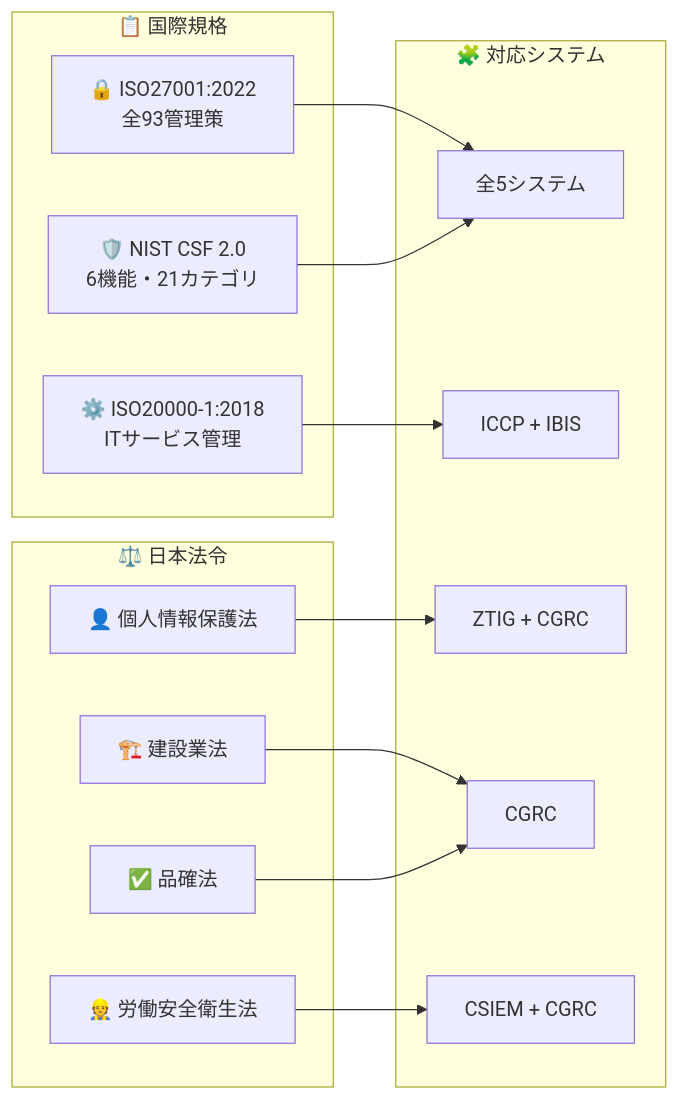
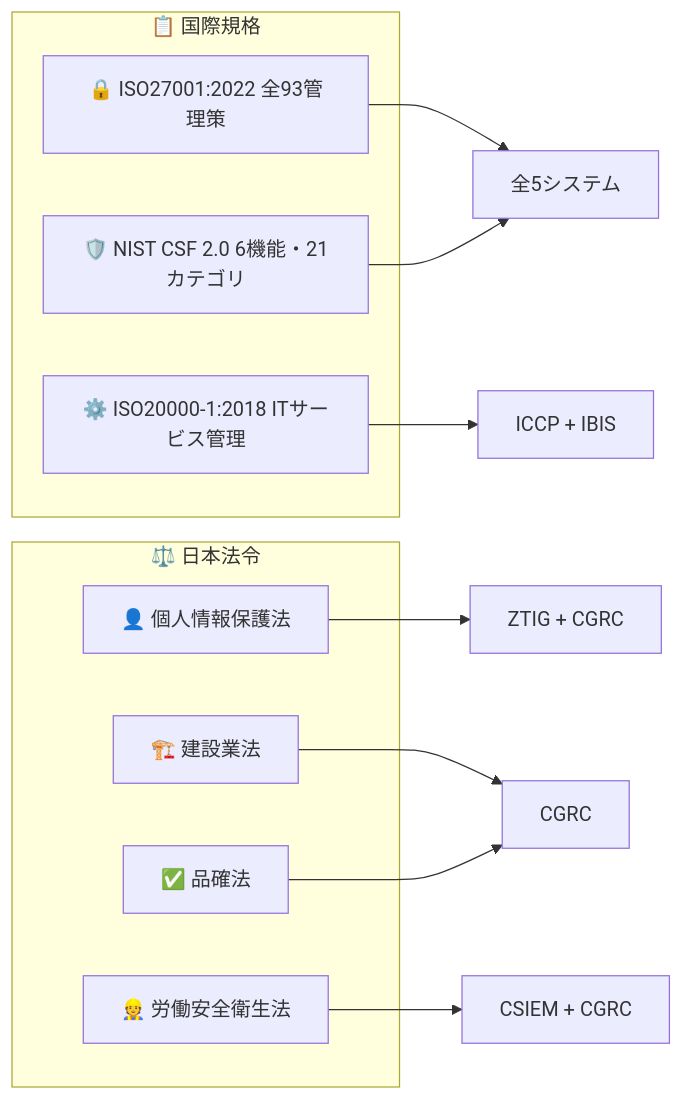
One commit to Kensan196948G/Construction-DX-One-System changed the fifth of 8 diagrams in README.md. Above: the diagram before and after it, drawn with Mermaid. The commit also changed other lines of this file and 6 other files, not shown here.

````diff
--- a/README.md
+++ b/README.md
@@ -382,31 +345,21 @@
 ```mermaid
 graph LR
     subgraph 国際規格["📋 国際規格"]
-        ISO27001["🔒 ISO27001:2022<br/>全93管理策"]
-        NIST["🛡️ NIST CSF 2.0<br/>6機能・21カテゴリ"]
-        ISO20000["⚙️ ISO20000-1:2018<br/>ITサービス管理"]
+        ISO27001["🔒 ISO27001:2022 全93管理策"]
+        NIST["🛡️ NIST CSF 2.0 6機能・21カテゴリ"]
+        ISO20000["⚙️ ISO20000-1:2018 ITサービス管理"]
     end
-
     subgraph 日本法令["⚖️ 日本法令"]
         PII["👤 個人情報保護法"]
         CONST["🏗️ 建設業法"]
         HINKA["✅ 品確法"]
         RODO["👷 労働安全衛生法"]
     end
-
-    subgraph 対応システム["🧩 対応システム"]
-        ALL["全5システム"]
-        ZTIG2["ZTIG + CGRC"]
-        ICSIBIS["ICCP + IBIS"]
-        CGRC2["CGRC"]
-        SIEM2["CSIEM + CGRC"]
-    end
-
-    ISO27001 --> ALL
+    ISO27001 --> ALL["全5システム"]
     NIST --> ALL
-    ISO20000 --> ICSIBIS
-    PII --> ZTIG2
-    CONST --> CGRC2
+    ISO20000 --> ICSIBIS["ICCP + IBIS"]
+    PII --> ZTIG2["ZTIG + CGRC"]
+    CONST --> CGRC2["CGRC"]
     HINKA --> CGRC2
-    RODO --> SIEM2
+    RODO --> CSIEM["CSIEM + CGRC"]
 ```
````
